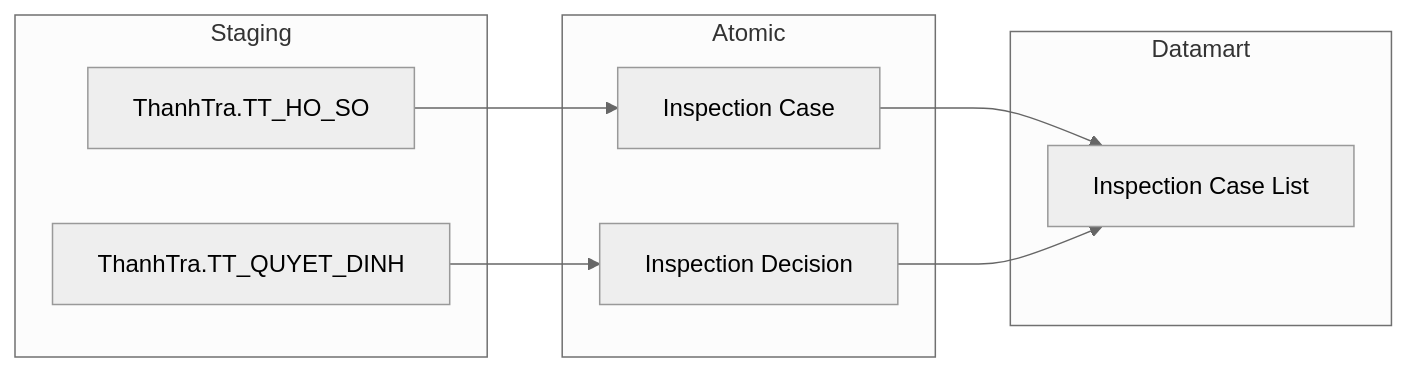
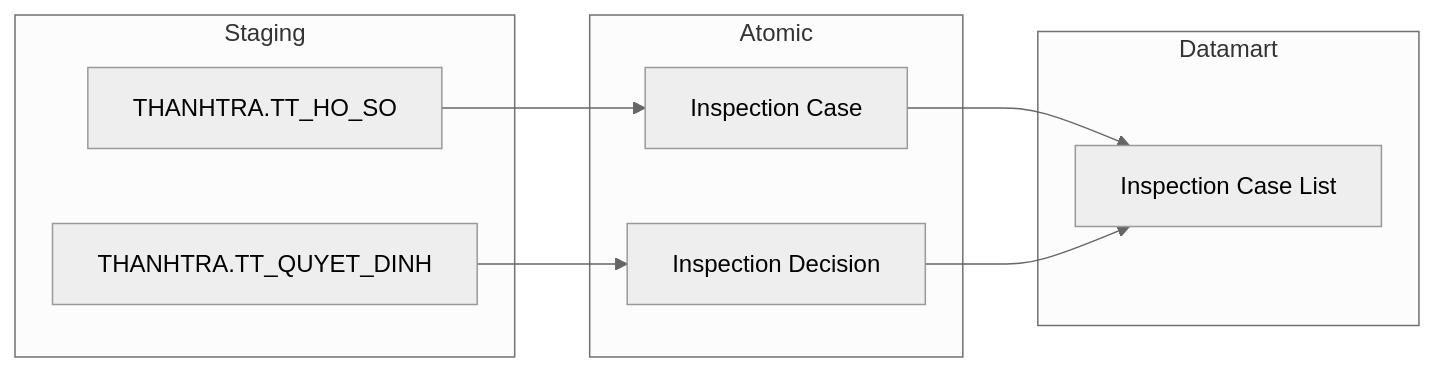
The second of 25 diagrams in Datamart/hld/DTM_TT_HLD.md (linhlvit/ubck_atomic_design), drawn with Mermaid (neutral theme) before and after one commit. The commit also changed other lines of this file and 463 other files, not shown here.

````diff
--- a/Datamart/hld/DTM_TT_HLD.md
+++ b/Datamart/hld/DTM_TT_HLD.md
@@ -74,22 +74,22 @@
 ```mermaid
 flowchart LR
     subgraph SRC["Staging"]
-        S1["ThanhTra.TT_HO_SO"]
-        S2["ThanhTra.TT_QUYET_DINH"]
+        S1["THANHTRA.TT_HO_SO"]
+        S2["THANHTRA.TT_QUYET_DINH"]
     end
 
     subgraph SIL["Atomic"]
         SV1["Inspection Case"]
         SV2["Inspection Decision"]
     end
 
     subgraph GOLD["Datamart"]
         G1["Inspection Case List"]
     end
 
     S1 --> SV1
     S2 --> SV2
 
     SV1 --> G1
     SV2 --> G1
 ```
````
